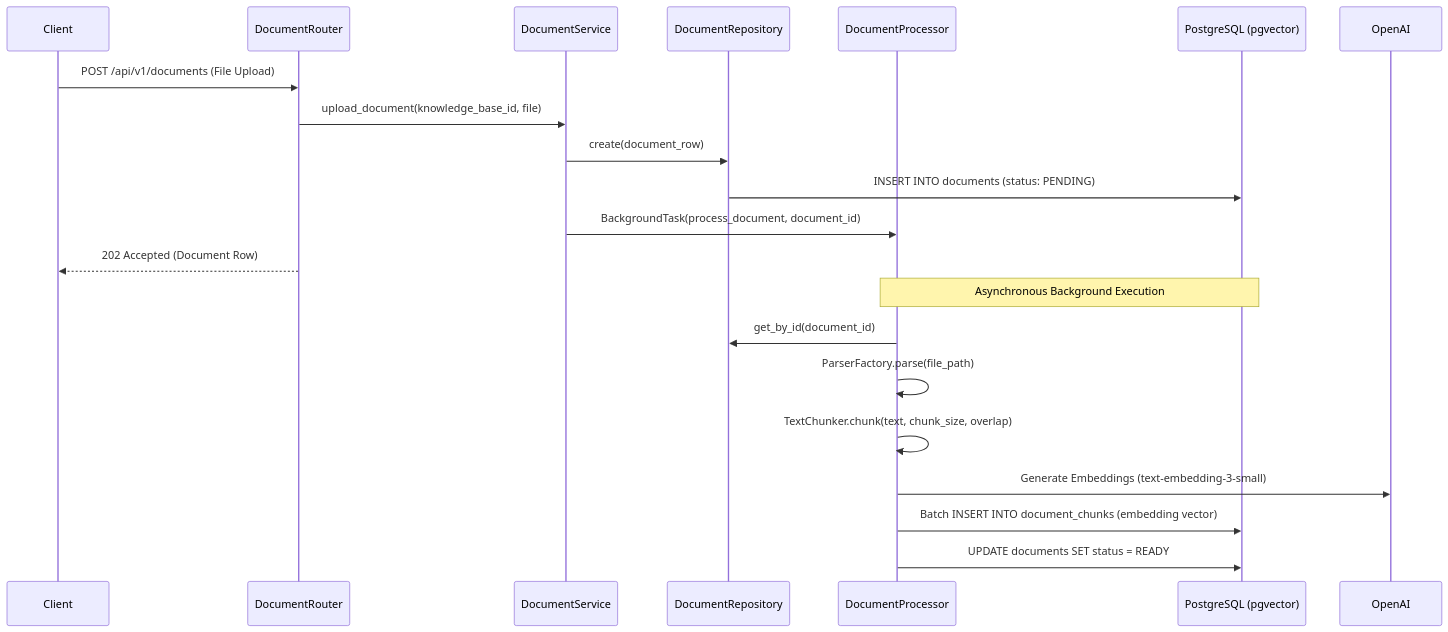
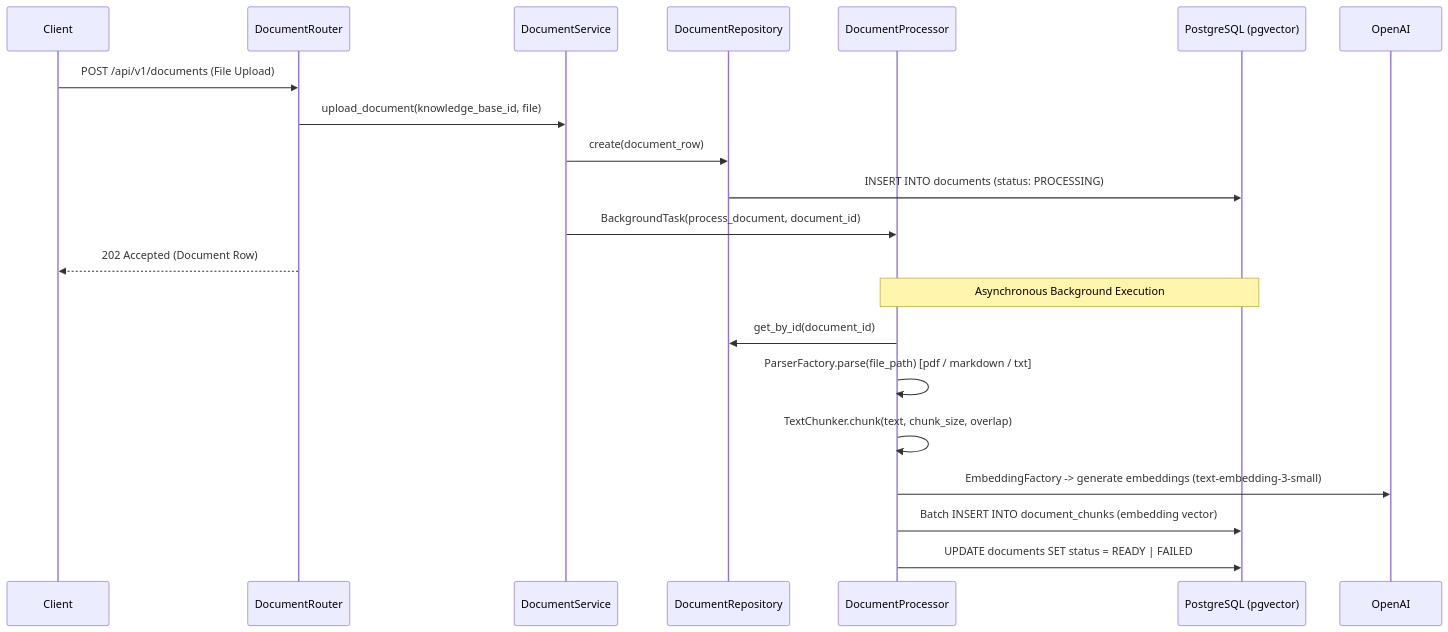
The second of 7 diagrams in README.md (AnubhavDas651629/SUPPORT-AI), drawn with Mermaid before and after one commit. The commit also changed other lines of this file and 1 other file, not shown here.

````diff
--- a/README.md
+++ b/README.md
@@ -76,24 +99,24 @@
 ```mermaid
 sequenceDiagram
     participant Client
     participant Router as DocumentRouter
     participant Service as DocumentService
     participant Repo as DocumentRepository
     participant Processor as DocumentProcessor
     participant DB as PostgreSQL (pgvector)
 
     Client->>Router: POST /api/v1/documents (File Upload)
     Router->>Service: upload_document(knowledge_base_id, file)
     Service->>Repo: create(document_row)
-    Repo->>DB: INSERT INTO documents (status: PENDING)
+    Repo->>DB: INSERT INTO documents (status: PROCESSING)
     Service->>Processor: BackgroundTask(process_document, document_id)
     Router-->>Client: 202 Accepted (Document Row)
 
     Note over Processor,DB: Asynchronous Background Execution
     Processor->>Repo: get_by_id(document_id)
-    Processor->>Processor: ParserFactory.parse(file_path)
+    Processor->>Processor: ParserFactory.parse(file_path) [pdf / markdown / txt]
     Processor->>Processor: TextChunker.chunk(text, chunk_size, overlap)
-    Processor->>OpenAI: Generate Embeddings (text-embedding-3-small)
+    Processor->>OpenAI: EmbeddingFactory -> generate embeddings (text-embedding-3-small)
     Processor->>DB: Batch INSERT INTO document_chunks (embedding vector)
-    Processor->>DB: UPDATE documents SET status = READY
+    Processor->>DB: UPDATE documents SET status = READY | FAILED
 ```
````
